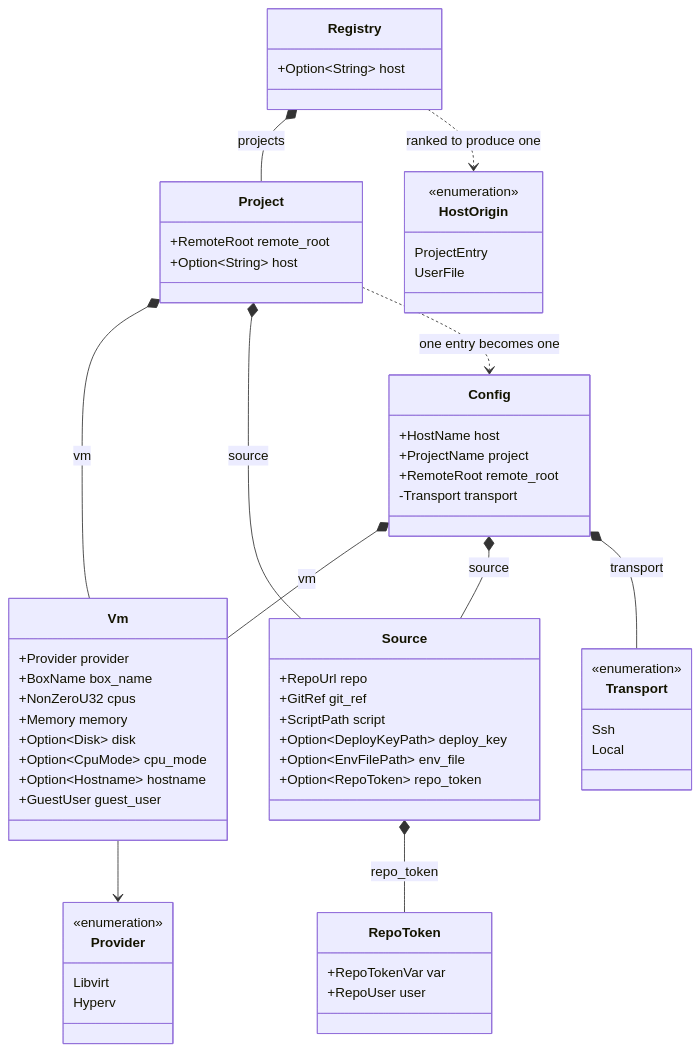
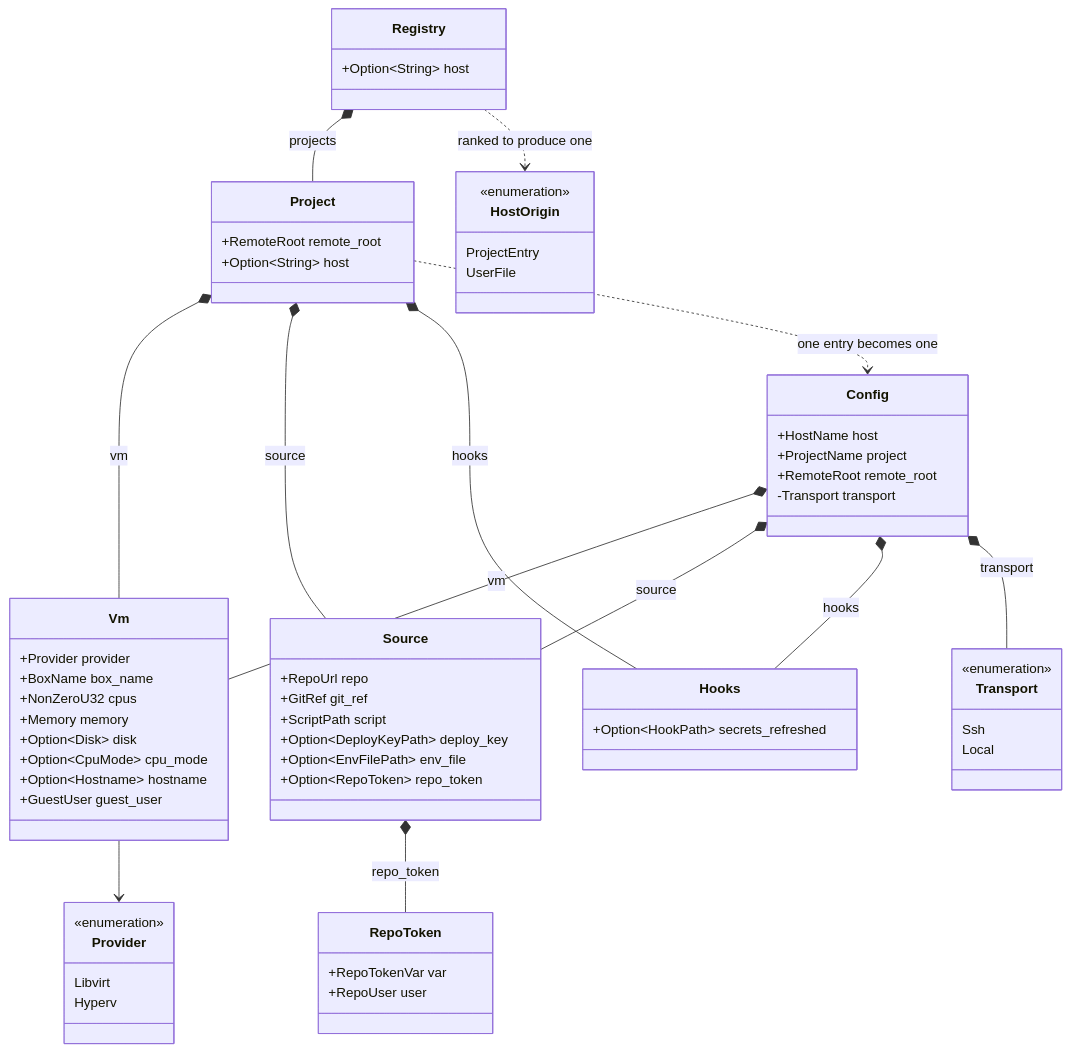
Before and after one commit to breki/bombyx: the third of 6 diagrams in docs/architecture.md, drawn with Mermaid. The commit also changed other lines of this file and 16 other files, not shown here.

````diff
--- a/docs/architecture.md
+++ b/docs/architecture.md
@@ -147,64 +147,69 @@
 ```mermaid
 classDiagram
   class Config {
     +HostName host
     +ProjectName project
     +RemoteRoot remote_root
     -Transport transport
   }
   class Vm {
     +Provider provider
     +BoxName box_name
     +NonZeroU32 cpus
     +Memory memory
     +Option~Disk~ disk
     +Option~CpuMode~ cpu_mode
     +Option~Hostname~ hostname
     +GuestUser guest_user
   }
   class Source {
     +RepoUrl repo
     +GitRef git_ref
     +ScriptPath script
     +Option~DeployKeyPath~ deploy_key
     +Option~EnvFilePath~ env_file
     +Option~RepoToken~ repo_token
   }
   class RepoToken {
     +RepoTokenVar var
     +RepoUser user
   }
+  class Hooks {
+    +Option~HookPath~ secrets_refreshed
+  }
   class Provider {
     <<enumeration>>
     Libvirt
     Hyperv
   }
   class Registry {
     +Option~String~ host
   }
   class Project {
     +RemoteRoot remote_root
     +Option~String~ host
   }
   class HostOrigin {
     <<enumeration>>
     ProjectEntry
     UserFile
   }
   class Transport {
     <<enumeration>>
     Ssh
     Local
   }
 
   Config *-- Vm : vm
   Config *-- Source : source
+  Config *-- Hooks : hooks
   Config *-- Transport : transport
   Registry *-- Project : projects
   Project *-- Vm : vm
   Project *-- Source : source
+  Project *-- Hooks : hooks
   Project ..> Config : one entry becomes one
   Vm --> Provider
   Source *-- RepoToken : repo_token
   Registry ..> HostOrigin : ranked to produce one
 ```
````
